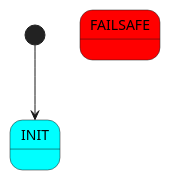
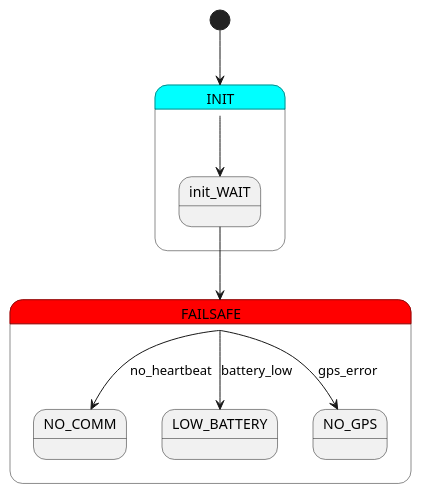
The diagram in mission/diagrams/valkyrie.puml (Z-Hamdoun/Asgard), drawn with PlantUML before and after one commit. The commit also changed 2 other files, not shown here.

Commit message:
Valhalla diagram

```diff
--- a/mission/diagrams/valkyrie.puml
+++ b/mission/diagrams/valkyrie.puml
@@ -1,20 +1,35 @@
 @startuml
 
 state INIT #cyan {
+    state init_WAIT {
+    }
 
+    INIT --> init_WAIT
 }
 
 state FAILSAFE #red {
-    
+
+    state NO_COMM {
+    }
+    state LOW_BATTERY {
+    }
+    state NO_GPS {
+    }
+
+    FAILSAFE --> NO_COMM : no_heartbeat
+    FAILSAFE --> LOW_BATTERY : battery_low
+    FAILSAFE --> NO_GPS : gps_error
 }
 
 
 
 
 
 
 
 
 [*] --> INIT
+init_WAIT --> FAILSAFE
+
 
 @enduml
```
